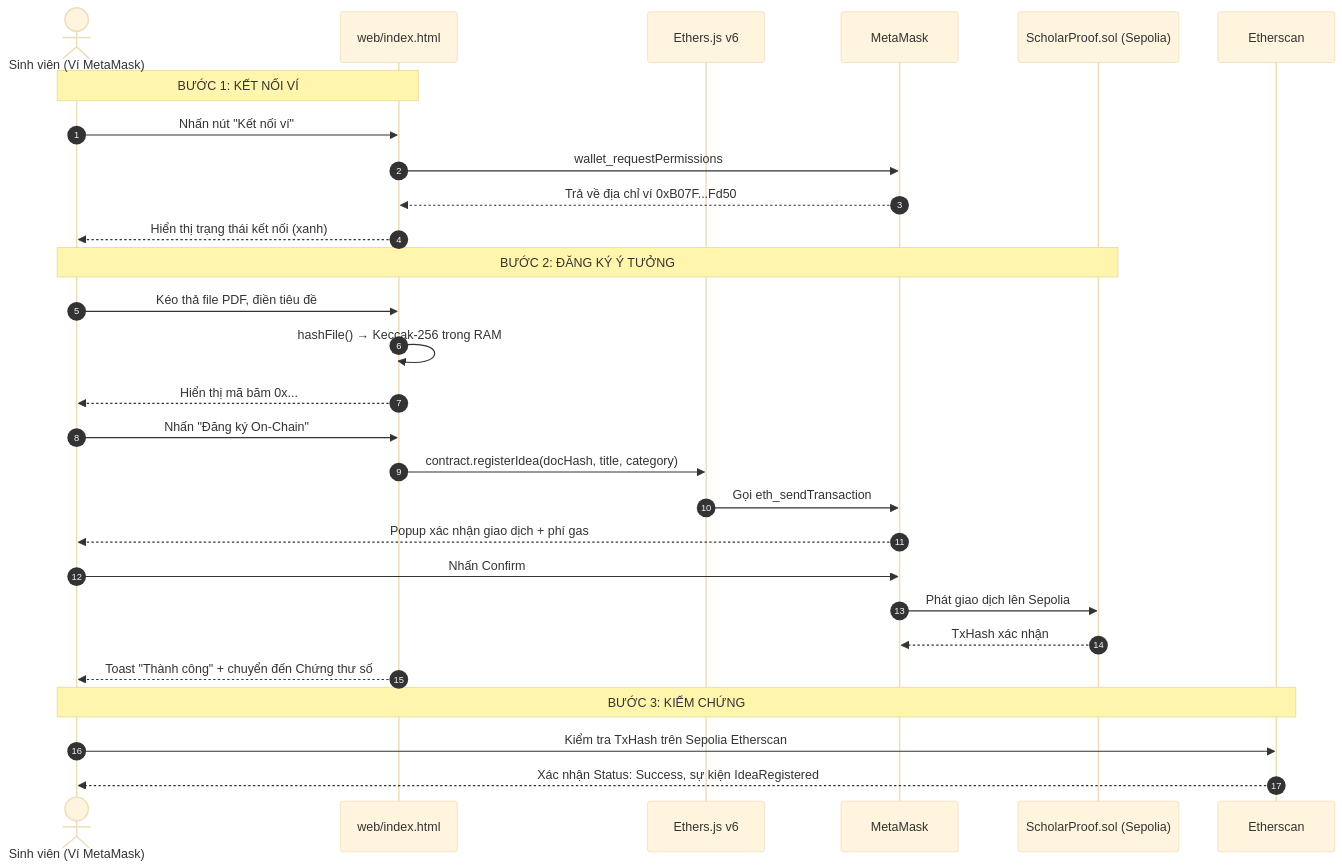
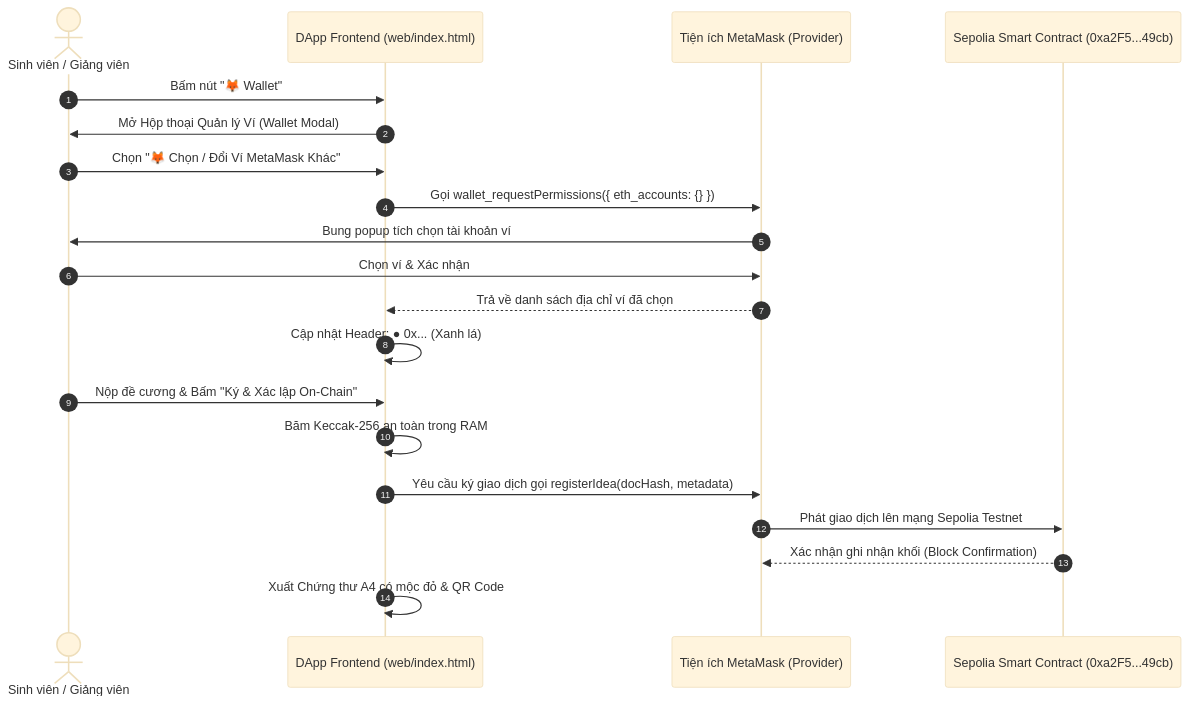
One commit to lehuy10012005-cmd/HCE-ScholarProof changed the diagram in lab13.md. Above: the diagram before and after it, drawn with Mermaid (base theme). The commit also changed other lines of this file and 1 other file, not shown here.

Commit message:
feat(web3): loai bo vi thu nghiem, bo nut vi tren Header va chuyen sang ket noi MetaMask theo ngu canh Just-in-Time

````diff
--- a/lab13.md
+++ b/lab13.md
@@ -233,33 +35,24 @@
 ```mermaid
 sequenceDiagram
     autonumber
-    actor User as Sinh viên (Ví MetaMask)
-    participant DApp as web/index.html
-    participant Ethers as Ethers.js v6
-    participant MM as MetaMask
-    participant Chain as ScholarProof.sol (Sepolia)
-    participant ES as Etherscan
+    actor User as Sinh viên / Giảng viên
+    participant DApp as DApp Frontend (web/index.html)
+    participant MM as Tiện ích MetaMask (Provider)
+    participant Contract as Sepolia Smart Contract (0xa2F5...49cb)
 
-    Note over User,DApp: BƯỚC 1: KẾT NỐI VÍ
-    User->>DApp: Nhấn nút "Kết nối ví"
-    DApp->>MM: wallet_requestPermissions
-    MM-->>DApp: Trả về địa chỉ ví 0xB07F...Fd50
-    DApp-->>User: Hiển thị trạng thái kết nối (xanh)
-
-    Note over User,Chain: BƯỚC 2: ĐĂNG KÝ Ý TƯỞNG
-    User->>DApp: Kéo thả file PDF, điền tiêu đề
-    DApp->>DApp: hashFile() → Keccak-256 trong RAM
-    DApp-->>User: Hiển thị mã băm 0x...
-    User->>DApp: Nhấn "Đăng ký On-Chain"
-    DApp->>Ethers: contract.registerIdea(docHash, title, category)
-    Ethers->>MM: Gọi eth_sendTransaction
-    MM-->>User: Popup xác nhận giao dịch + phí gas
-    User->>MM: Nhấn Confirm
-    MM->>Chain: Phát giao dịch lên Sepolia
-    Chain-->>MM: TxHash xác nhận
-    DApp-->>User: Toast "Thành công" + chuyển đến Chứng thư số
-
-    Note over User,ES: BƯỚC 3: KIỂM CHỨNG
-    User->>ES: Kiểm tra TxHash trên Sepolia Etherscan
-    ES-->>User: Xác nhận Status: Success, sự kiện IdeaRegistered
+    User->>DApp: Bấm nút "🦊 Wallet"
+    DApp->>User: Mở Hộp thoại Quản lý Ví (Wallet Modal)
+    User->>DApp: Chọn "🦊 Chọn / Đổi Ví MetaMask Khác"
+    DApp->>MM: Gọi wallet_requestPermissions({ eth_accounts: {} })
+    MM->>User: Bung popup tích chọn tài khoản ví
+    User->>MM: Chọn ví & Xác nhận
+    MM-->>DApp: Trả về danh sách địa chỉ ví đã chọn
+    DApp->>DApp: Cập nhật Header: ● 0x... (Xanh lá)
+    
+    User->>DApp: Nộp đề cương & Bấm "Ký & Xác lập On-Chain"
+    DApp->>DApp: Băm Keccak-256 an toàn trong RAM
+    DApp->>MM: Yêu cầu ký giao dịch gọi registerIdea(docHash, metadata)
+    MM->>Contract: Phát giao dịch lên mạng Sepolia Testnet
+    Contract-->>MM: Xác nhận ghi nhận khối (Block Confirmation)
+    DApp->>DApp: Xuất Chứng thư A4 có mộc đỏ & QR Code
 ```
````
